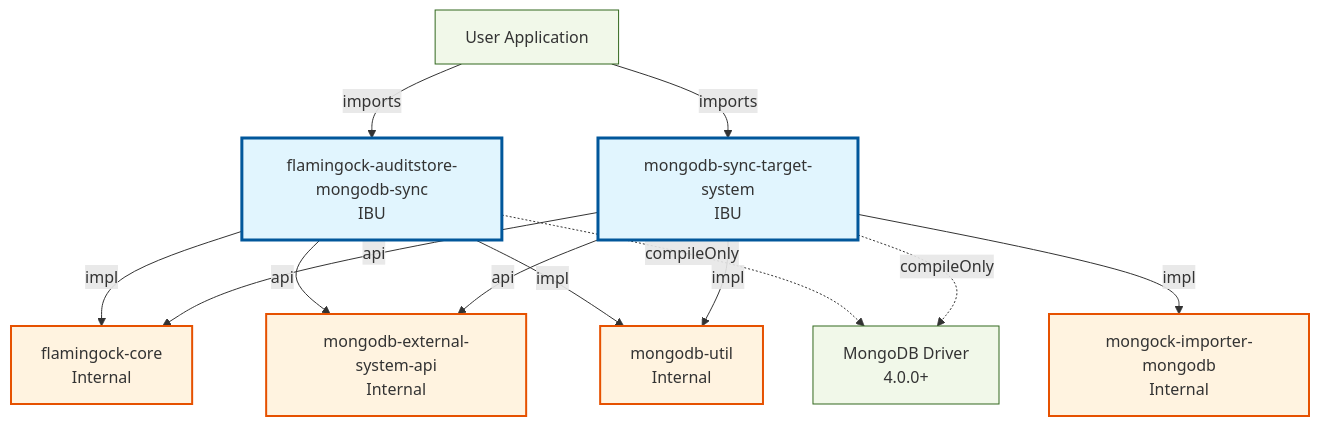
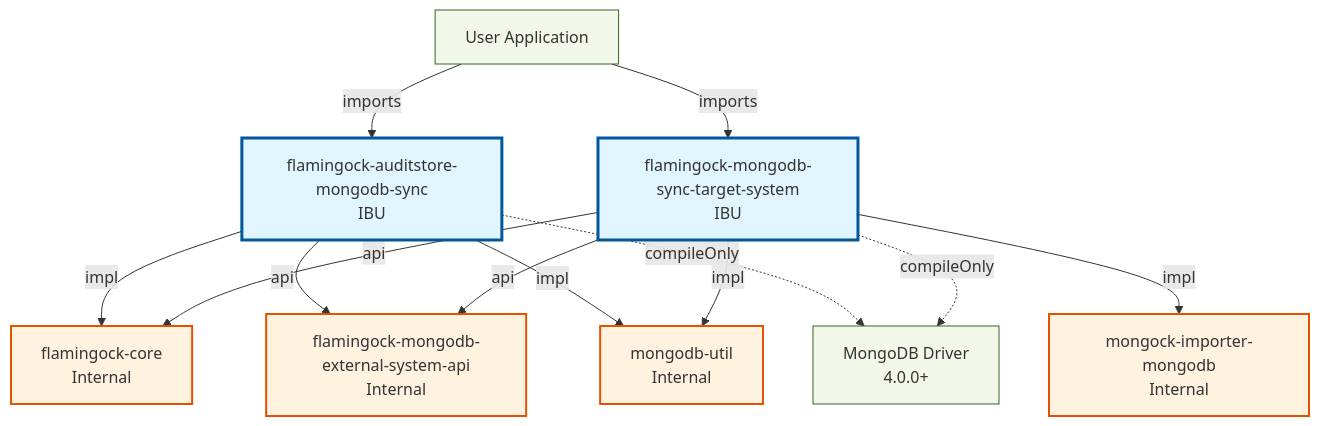
One commit to flamingock/flamingock-java changed the third of 7 diagrams in docs/ARCHITECTURE_OVERVIEW.md. Above: the diagram before and after it, drawn with Mermaid. The commit also changed other lines of this file and 92 other files, not shown here.

````diff
--- a/docs/ARCHITECTURE_OVERVIEW.md
+++ b/docs/ARCHITECTURE_OVERVIEW.md
@@ -491,29 +491,29 @@
 ```mermaid
 graph TB
     classDef ibu fill:#e1f5fe,stroke:#01579b,stroke-width:3px
     classDef ubu fill:#f3e5f5,stroke:#4a148c,stroke-width:3px
     classDef internal fill:#fff3e0,stroke:#e65100,stroke-width:2px
     classDef external fill:#f1f8e9,stroke:#33691e,stroke-width:1px
 
     User[User Application]:::external
     User -->|imports| flamingock-auditstore-mongodb-sync
-    User -->|imports| mongodb-sync-target-system
+    User -->|imports| flamingock-mongodb-sync-target-system
 
     flamingock-auditstore-mongodb-sync[flamingock-auditstore-mongodb-sync<br/>IBU]:::ibu
-    mongodb-sync-target-system[mongodb-sync-target-system<br/>IBU]:::ibu
-    mongodb-external-system-api[mongodb-external-system-api<br/>Internal]:::internal
+    flamingock-mongodb-sync-target-system[flamingock-mongodb-sync-target-system<br/>IBU]:::ibu
+    flamingock-mongodb-external-system-api[flamingock-mongodb-external-system-api<br/>Internal]:::internal
     flamingock-core[flamingock-core<br/>Internal]:::internal
     mongodb-util[mongodb-util<br/>Internal]:::internal
     mongock-importer-mongodb[mongock-importer-mongodb<br/>Internal]:::internal
     MongoDriver[MongoDB Driver<br/>4.0.0+]:::external
 
     flamingock-auditstore-mongodb-sync -->|impl| flamingock-core
-    flamingock-auditstore-mongodb-sync -->|api| mongodb-external-system-api
+    flamingock-auditstore-mongodb-sync -->|api| flamingock-mongodb-external-system-api
     flamingock-auditstore-mongodb-sync -->|impl| mongodb-util
     flamingock-auditstore-mongodb-sync -.->|compileOnly| MongoDriver
-    mongodb-sync-target-system -->|api| flamingock-core
-    mongodb-sync-target-system -->|api| mongodb-external-system-api
-    mongodb-sync-target-system -->|impl| mongodb-util
-    mongodb-sync-target-system -->|impl| mongock-importer-mongodb
-    mongodb-sync-target-system -.->|compileOnly| MongoDriver
+    flamingock-mongodb-sync-target-system -->|api| flamingock-core
+    flamingock-mongodb-sync-target-system -->|api| flamingock-mongodb-external-system-api
+    flamingock-mongodb-sync-target-system -->|impl| mongodb-util
+    flamingock-mongodb-sync-target-system -->|impl| mongock-importer-mongodb
+    flamingock-mongodb-sync-target-system -.->|compileOnly| MongoDriver
 ```
````
